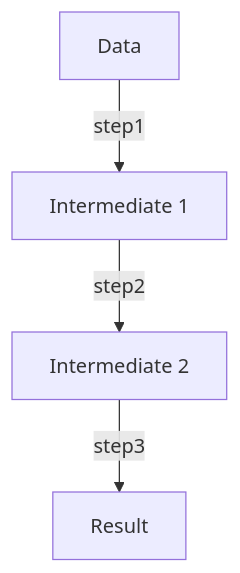
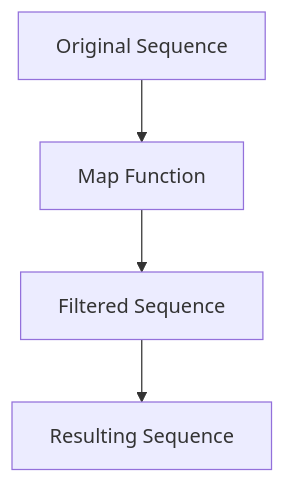
One commit to MasteryEducation/SoftwarePatternsLexicon.com changed the diagram in content/patterns-clojure/4/6/index.md. Above: the diagram before and after it, drawn with Mermaid. The commit also changed other lines of this file and 462 other files, not shown here.

````diff
--- a/content/patterns-clojure/4/6/index.md
+++ b/content/patterns-clojure/4/6/index.md
@@ -137,6 +124,6 @@
 ```mermaid
 graph TD;
-    A[Data] -->|step1| B[Intermediate 1];
-    B -->|step2| C[Intermediate 2];
-    C -->|step3| D[Result];
+    A[Original Sequence] --> B[Map Function];
+    B --> C[Filtered Sequence];
+    C --> D[Resulting Sequence];
 ```
````
